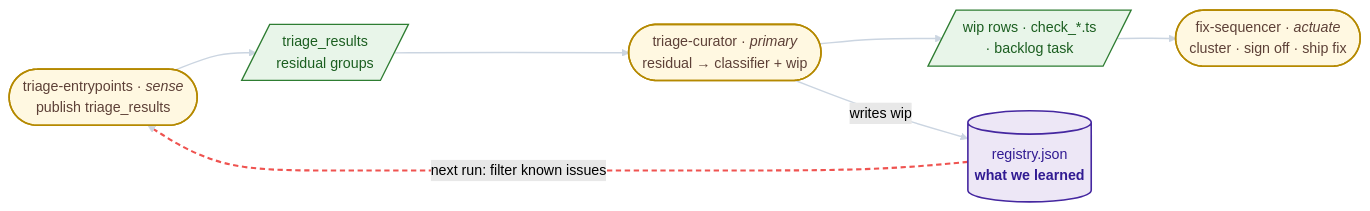
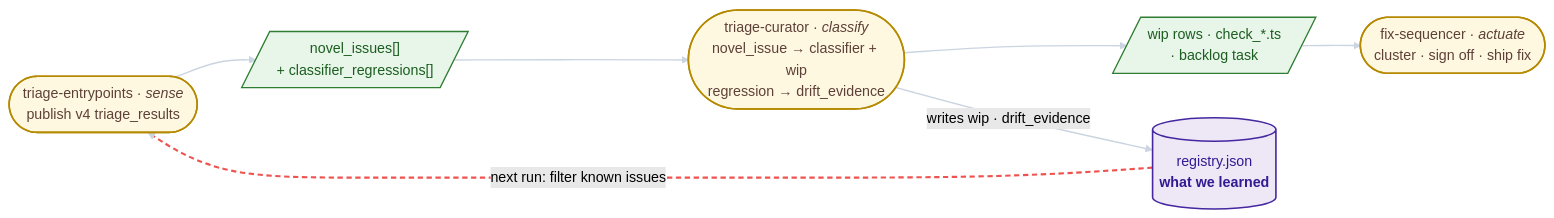
One commit to CRJFisher/ariadne changed the first of 3 diagrams in .claude/skills/triage-curator/README.md. Above: the diagram before and after it, drawn with Mermaid (forest theme). The commit also changed other lines of this file and 4 other files, not shown here.

First line of the commit message:
docs(190.19.10): align curator + triage-entrypoints READMEs and lifecycle doc with v4 architecture

````diff
--- a/.claude/skills/triage-curator/README.md
+++ b/.claude/skills/triage-curator/README.md
@@ -25,21 +28,21 @@
 ```mermaid
 flowchart LR
   classDef step      fill:#fff8e1,stroke:#b58900,stroke-width:1.8px,color:#5d4037
   classDef artifact  fill:#e8f5e9,stroke:#2e7d32,stroke-width:1.5px,color:#1b5e20
   classDef store     fill:#ede7f6,stroke:#4527a0,stroke-width:1.8px,color:#311b92
 
-  SRP(["triage-entrypoints · <i>sense</i><br/>publish triage_results"]):::step
-  TR_IN[/"triage_results<br/>residual groups"/]:::artifact
-  CUR(["triage-curator · <i>primary</i><br/>residual → classifier + wip"]):::step
+  SRP(["triage-entrypoints · <i>sense</i><br/>publish v4 triage_results"]):::step
+  TR_IN[/"novel_issues[]<br/>+ classifier_regressions[]"/]:::artifact
+  CUR(["triage-curator · <i>classify</i><br/>novel_issue → classifier + wip<br/>regression → drift_evidence"]):::step
   HANDOFF[/"wip rows · check_*.ts<br/>· backlog task"/]:::artifact
   FS(["fix-sequencer · <i>actuate</i><br/>cluster · sign off · ship fix"]):::step
 
   REG[("registry.json<br/><b>what we learned</b>")]:::store
 
   SRP --> TR_IN --> CUR --> HANDOFF --> FS
-  CUR -- "writes wip" --> REG
+  CUR -- "writes wip · drift_evidence" --> REG
   REG -. "next run: filter known issues" .-> SRP
 
   linkStyle default stroke:#cbd5e1,stroke-width:1.6px
   linkStyle 5 stroke:#ef5350,stroke-width:2.4px,stroke-dasharray:6 4
 ```
````
